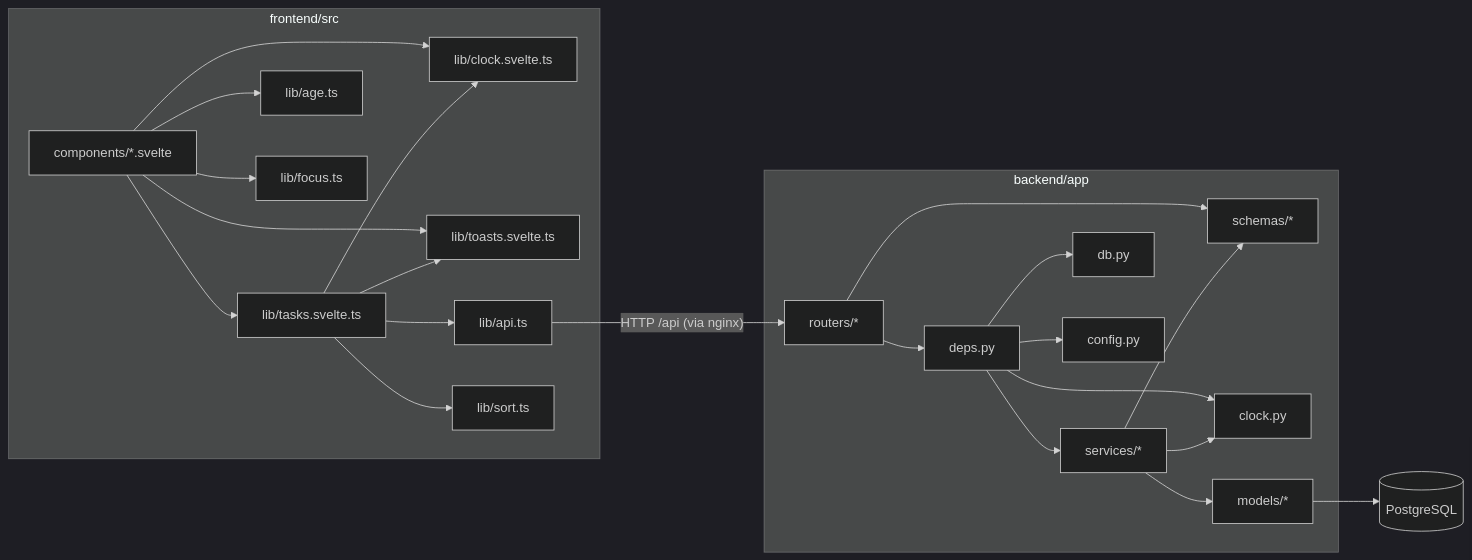
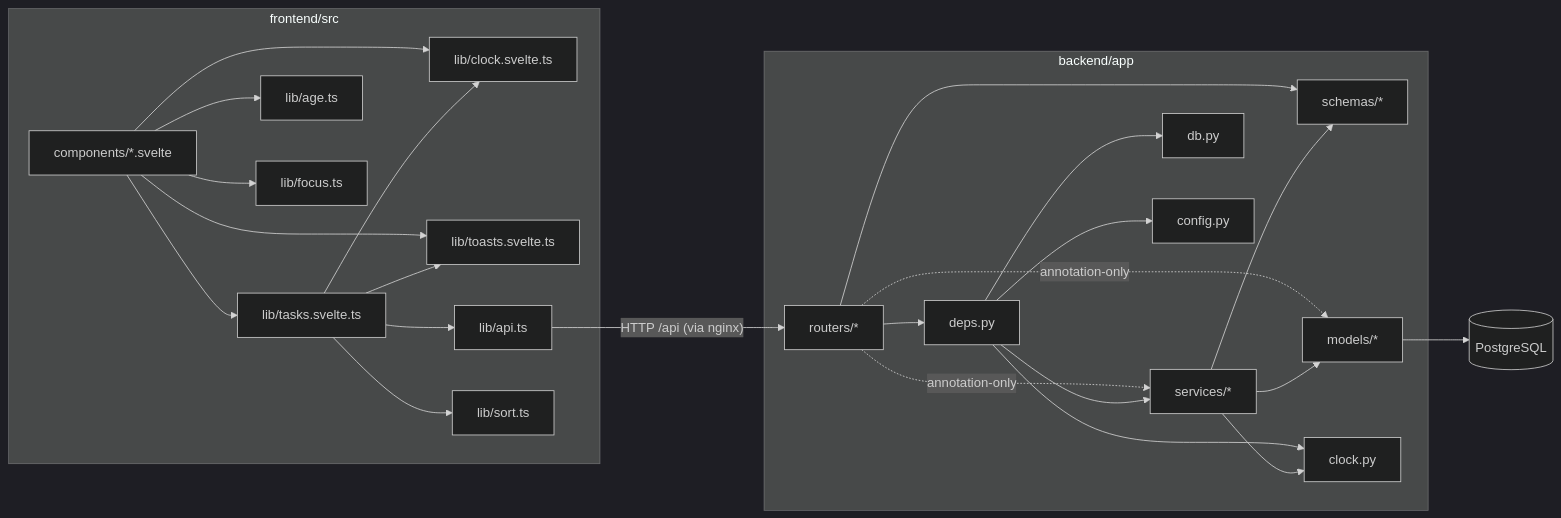
One commit to PeterNociar/BMAD_todo changed the first of 3 diagrams in _bmad-output/initiative-todo-app/architecture-todo-app/architecture-todo-app.md. Above: the diagram before and after it, drawn with Mermaid (dark theme). The commit also changed other lines of this file and 14 other files, not shown here.

````diff
--- a/_bmad-output/initiative-todo-app/architecture-todo-app/architecture-todo-app.md
+++ b/_bmad-output/initiative-todo-app/architecture-todo-app/architecture-todo-app.md
@@ -31,27 +31,29 @@
 ```mermaid
 flowchart LR
   subgraph FE[frontend/src]
     C[components/*.svelte] --> S[lib/tasks.svelte.ts]
     C --> CL[lib/clock.svelte.ts]
     C --> AG[lib/age.ts]
     C --> T[lib/toasts.svelte.ts]
     C --> F[lib/focus.ts]
     S --> T
     S --> API[lib/api.ts]
     S --> SO[lib/sort.ts]
     S --> CL
   end
   subgraph BE[backend/app]
     R[routers/*] --> D[deps.py]
     R --> SC[schemas/*]
+    R -. "annotation-only" .-> SV
+    R -. "annotation-only" .-> M
     D --> SV[services/*]
     D --> K[clock.py]
     D --> DBM[db.py]
     D --> CF[config.py]
     SV --> M[models/*]
     SV --> K
     SV --> SC
   end
   API -- "HTTP /api (via nginx)" --> R
   M --> DB[(PostgreSQL)]
 ```
````
